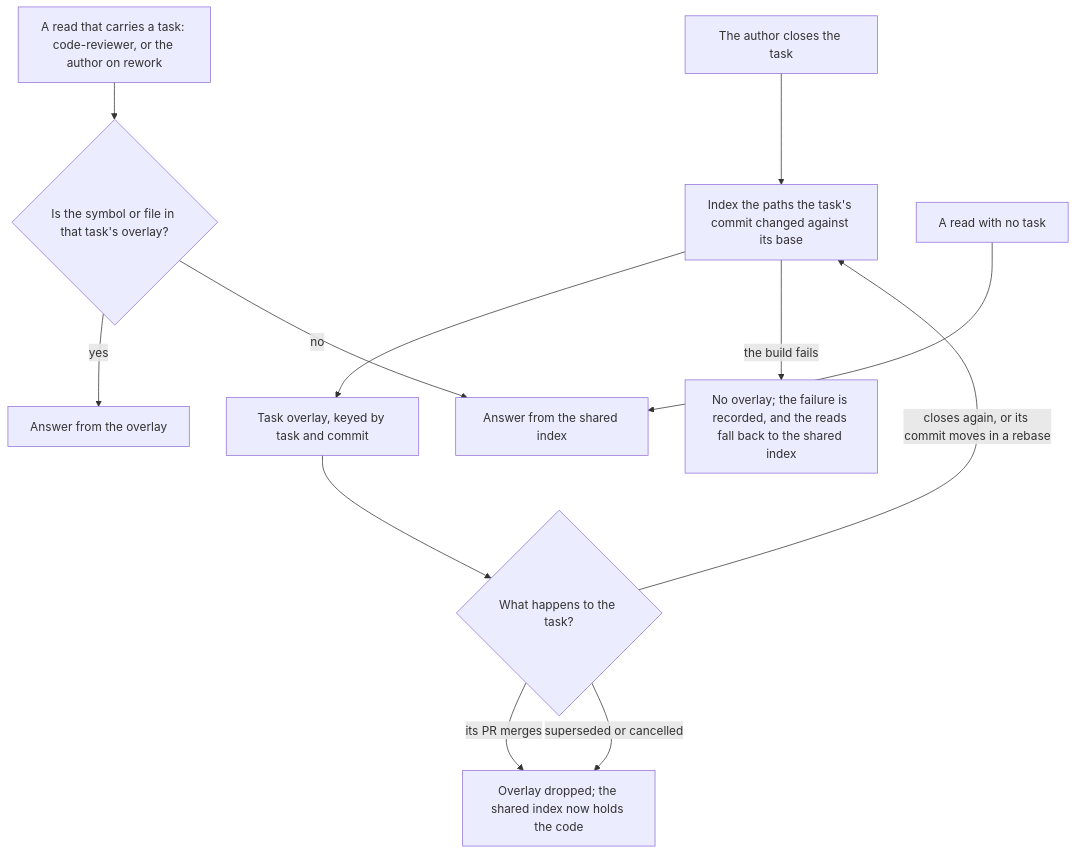
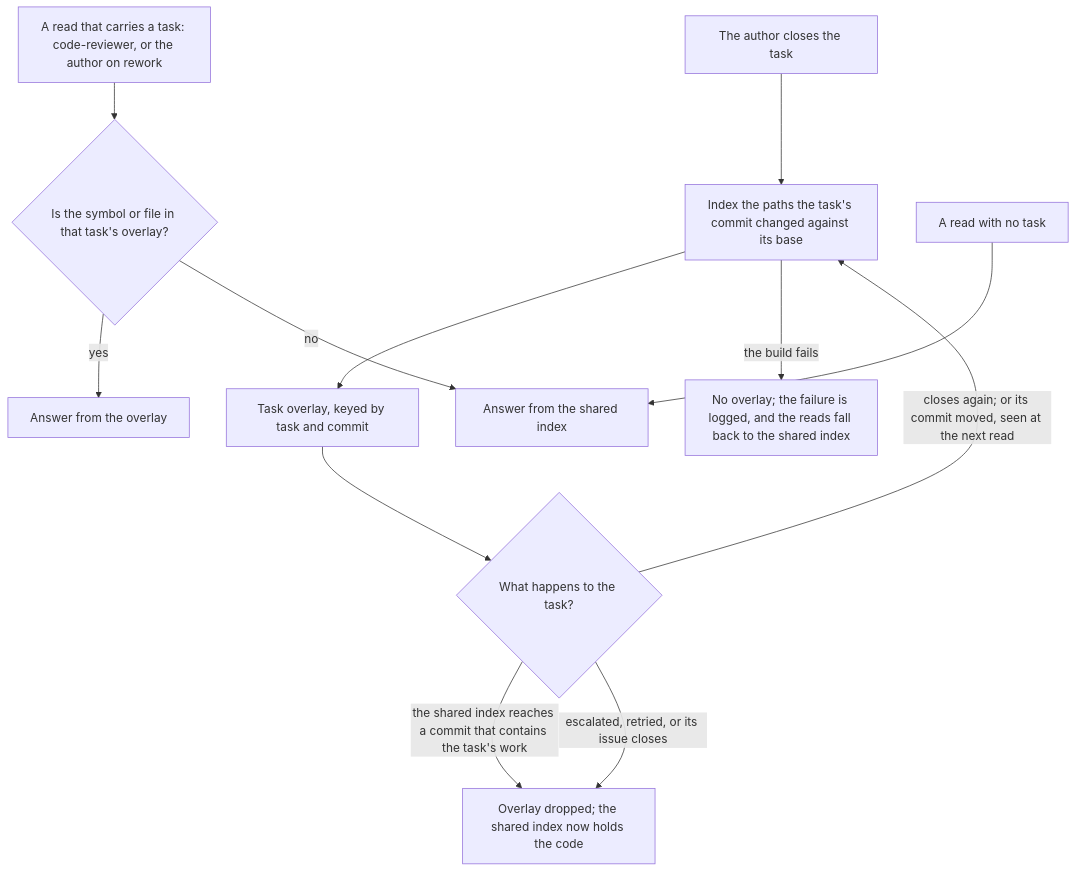
The second of 2 diagrams in docs/architecture/WORLD_MODEL.md (trustmybot/plugin), drawn with Mermaid before and after one commit. The commit also changed other lines of this file and 5 other files, not shown here.

First line of the commit message:
📝 docs(architecture): fix drift from a readiness review (GH 3260)

````diff
--- a/docs/architecture/WORLD_MODEL.md
+++ b/docs/architecture/WORLD_MODEL.md
@@ -68,14 +68,14 @@
 ```mermaid
 flowchart TD
     A[The author closes the task] --> B[Index the paths the task's commit changed against its base]
     B --> C[Task overlay, keyed by task and commit]
     R[A read that carries a task: code-reviewer, or the author on rework] --> O{Is the symbol or file in that task's overlay?}
     O -- yes --> P[Answer from the overlay]
     O -- no --> S[Answer from the shared index]
     N[A read with no task] --> S
     C --> D{What happens to the task?}
-    D -- closes again, or its commit moves in a rebase --> B
-    D -- its PR merges --> X[Overlay dropped; the shared index now holds the code]
-    D -- superseded or cancelled --> X
-    B -- the build fails --> F[No overlay; the failure is recorded, and the reads fall back to the shared index]
+    D -- "closes again; or its commit moved, seen at the next read" --> B
+    D -- the shared index reaches a commit that contains the task's work --> X[Overlay dropped; the shared index now holds the code]
+    D -- escalated, retried, or its issue closes --> X
+    B -- the build fails --> F[No overlay; the failure is logged, and the reads fall back to the shared index]
 ```
````
